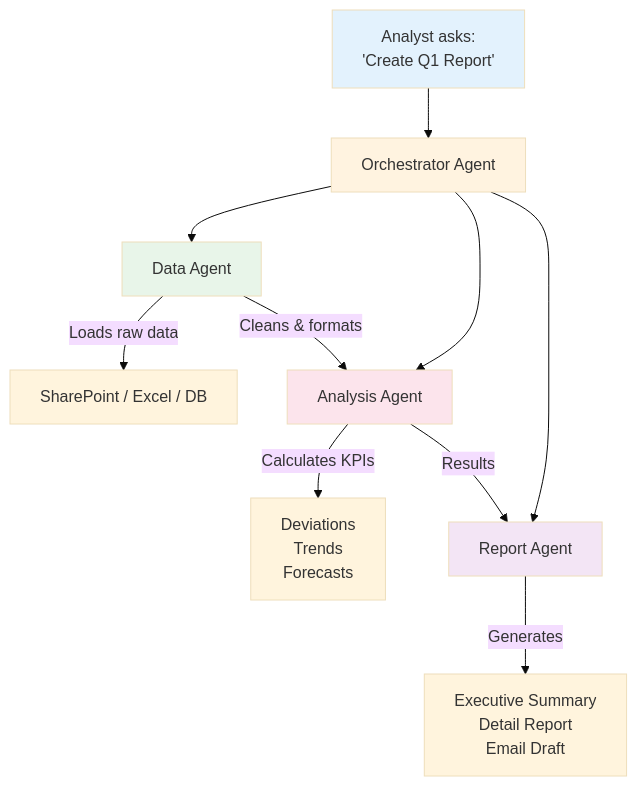
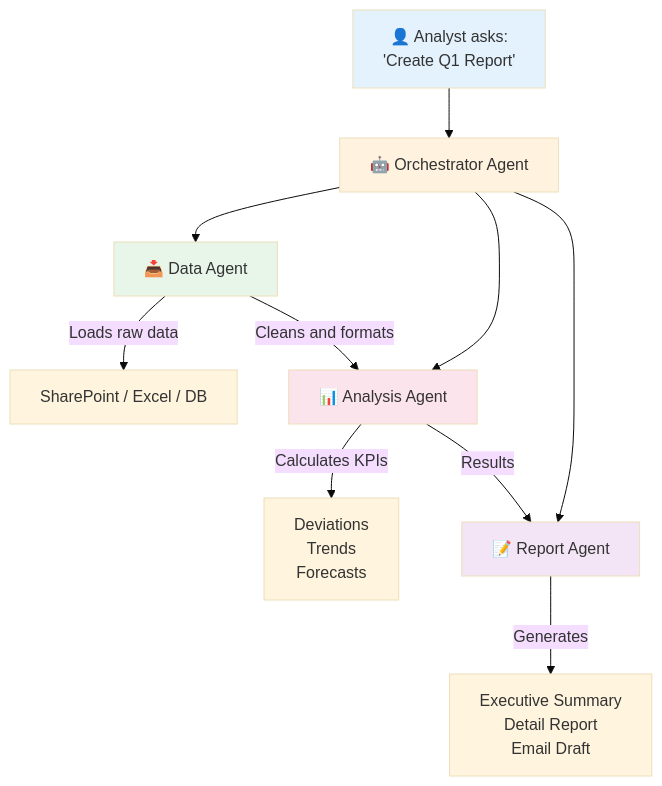
The third of 3 diagrams in analysts_en.md (justinsz/ProPrompt), drawn with Mermaid (base theme) before and after one commit. The commit also changed other lines of this file and 11 other files, not shown here.

First line of the commit message:
Restore emojis in normal text, keep prompts clean, fix Mermaid syntax

````diff
--- a/analysts_en.md
+++ b/analysts_en.md
@@ -288,19 +288,19 @@
 ```mermaid
 flowchart TB
-    A[Analyst asks:<br/>'Create Q1 Report'] --> B[Orchestrator Agent]
-    B --> C[Data Agent]
-    B --> D[Analysis Agent]
-    B --> E[Report Agent]
+    A[👤 Analyst asks:<br/>'Create Q1 Report'] --> B[🤖 Orchestrator Agent]
+    B --> C[📥 Data Agent]
+    B --> D[📊 Analysis Agent]
+    B --> E[📝 Report Agent]
 
     C --> |Loads raw data| C1[SharePoint / Excel / DB]
-    C --> |Cleans & formats| D
+    C --> |Cleans and formats| D
     D --> |Calculates KPIs| D1[Deviations<br/>Trends<br/>Forecasts]
     D --> |Results| E
     E --> |Generates| E1[Executive Summary<br/> Detail Report<br/> Email Draft]
 
     style A fill:#e3f2fd
     style B fill:#fff3e0
     style C fill:#e8f5e9
     style D fill:#fce4ec
     style E fill:#f3e5f5
 ```
````
